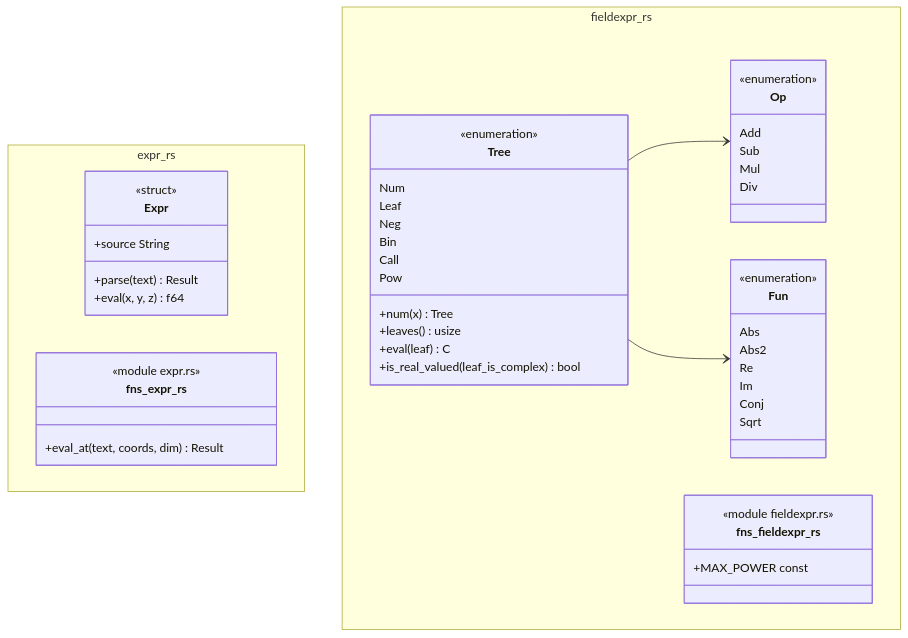
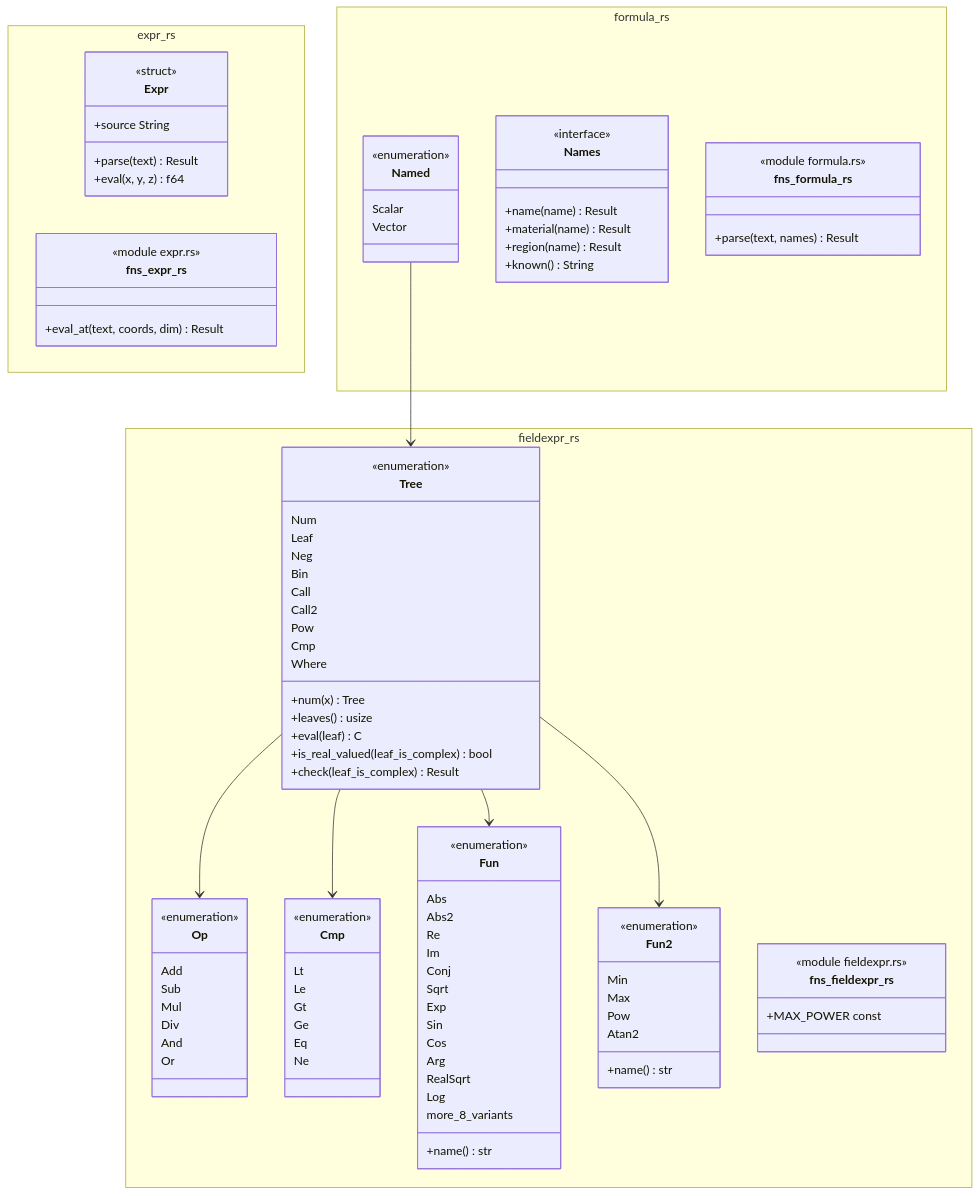
Before and after one commit to p-j-r/nyx: the diagram in docs/architecture/c4/4-code/femcore/expr.md, drawn with Mermaid. The commit also changed other lines of this file and 42 other files, not shown here.

````diff
--- a/docs/architecture/c4/4-code/femcore/expr.md
+++ b/docs/architecture/c4/4-code/femcore/expr.md
@@ -53,6 +54,17 @@
         Sub
         Mul
         Div
+        And
+        Or
+    }
+    class Cmp {
+        <<enumeration>>
+        Lt
+        Le
+        Gt
+        Ge
+        Eq
+        Ne
     }
     class Fun {
         <<enumeration>>
@@ -62,6 +74,22 @@
         Im
         Conj
         Sqrt
+        Exp
+        Sin
+        Cos
+        Arg
+        RealSqrt
+        Log
+        more_8_variants
+        +name() str
+    }
+    class Fun2 {
+        <<enumeration>>
+        Min
+        Max
+        Pow
+        Atan2
+        +name() str
     }
     class Tree {
         <<enumeration>>
@@ -70,17 +98,42 @@
         Neg
         Bin
         Call
+        Call2
         Pow
+        Cmp
+        Where
         +num(x) Tree
         +leaves() usize
         +eval(leaf) C
         +is_real_valued(leaf_is_complex) bool
+        +check(leaf_is_complex) Result
     }
     class fns_fieldexpr_rs {
         <<module fieldexpr.rs>>
         +MAX_POWER const
     }
   }
+  namespace formula_rs {
+    class Named {
+        <<enumeration>>
+        Scalar
+        Vector
+    }
+    class Names {
+        <<interface>>
+        +name(name) Result
+        +material(name) Result
+        +region(name) Result
+        +known() String
+    }
+    class fns_formula_rs {
+        <<module formula.rs>>
+        +parse(text, names) Result
+    }
+  }
   Tree --> Op
   Tree --> Fun
+  Tree --> Fun2
+  Tree --> Cmp
+  Named --> Tree
 ```
````
